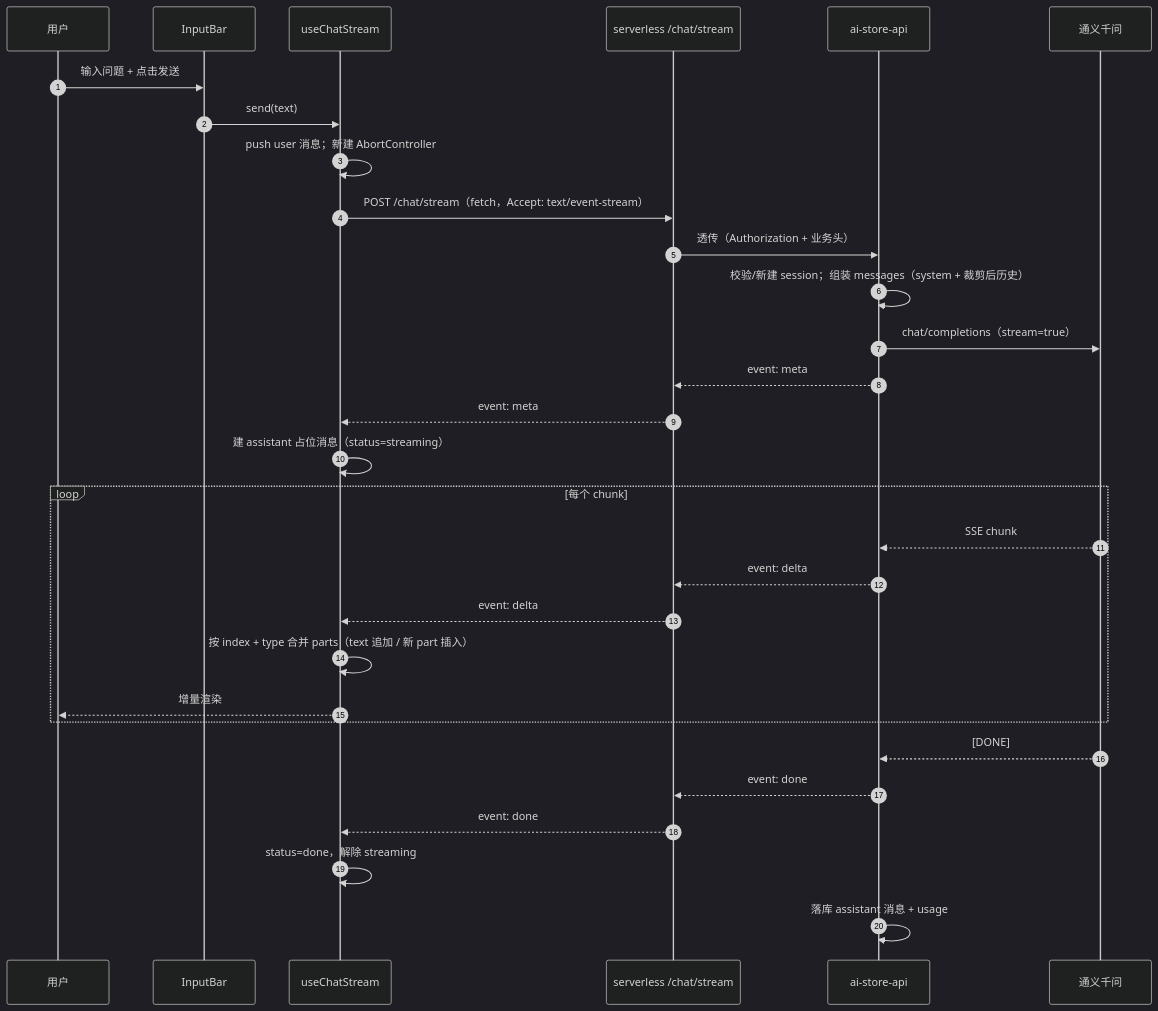
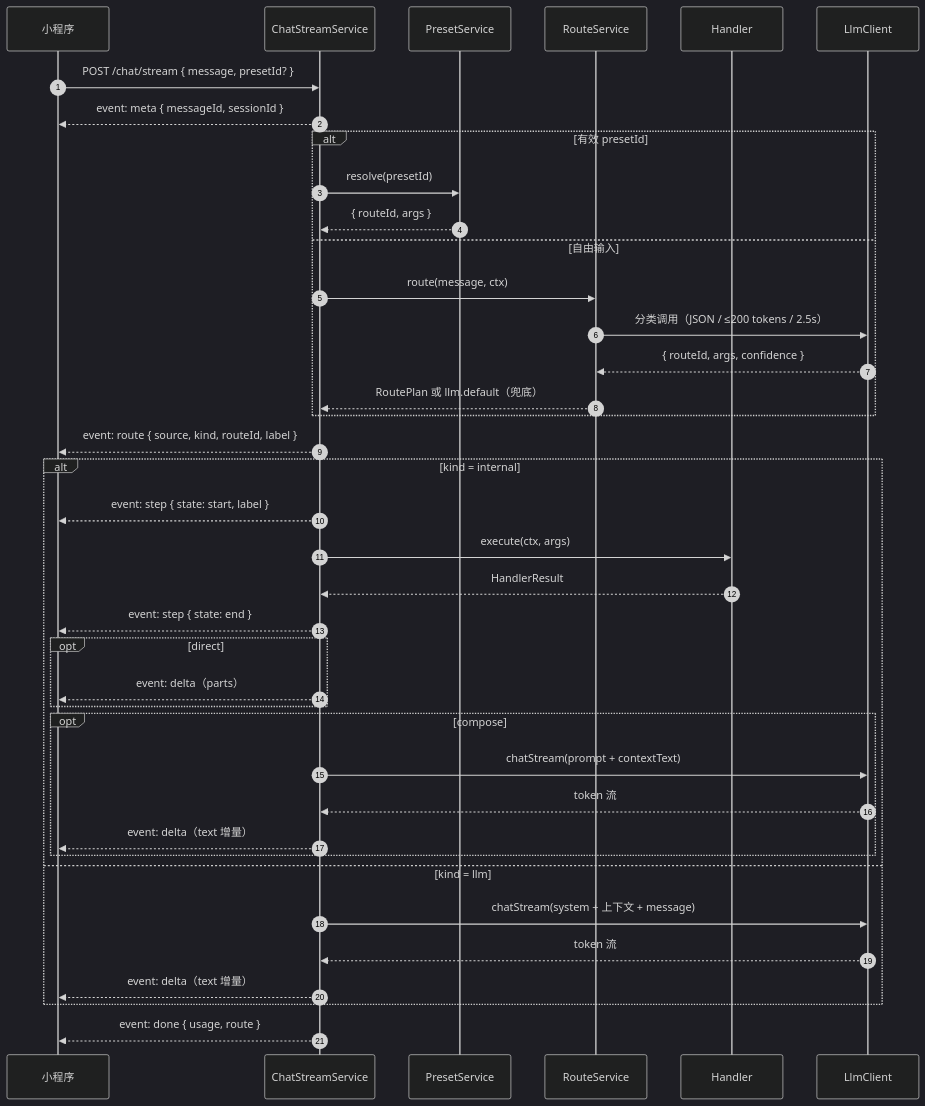
One commit to lixuanning/hubstoreTrellis changed the eighth of 10 diagrams in docs/百果AI助手-模块设计.md. Above: the diagram before and after it, drawn with Mermaid (dark theme). The commit also changed other lines of this file and 1 other file, not shown here.

````diff
--- a/docs/百果AI助手-模块设计.md
+++ b/docs/百果AI助手-模块设计.md
@@ -483,33 +961,42 @@
 ```mermaid
 sequenceDiagram
     autonumber
-    participant U as 用户
-    participant I as InputBar
-    participant CS as useChatStream
-    participant SL as serverless /chat/stream
-    participant API as ai-store-api
-    participant LLM as 通义千问
+    participant U as 小程序
+    participant C as ChatStreamService
+    participant P as PresetService
+    participant R as RouteService
+    participant H as Handler
+    participant L as LlmClient
 
-    U->>I: 输入问题 + 点击发送
-    I->>CS: send(text)
-    CS->>CS: push user 消息；新建 AbortController
-    CS->>SL: POST /chat/stream（fetch，Accept: text/event-stream）
-    SL->>API: 透传（Authorization + 业务头）
-    API->>API: 校验/新建 session；组装 messages（system + 裁剪后历史）
-    API->>LLM: chat/completions（stream=true）
-    API-->>SL: event: meta
-    SL-->>CS: event: meta
-    CS->>CS: 建 assistant 占位消息（status=streaming）
-    loop 每个 chunk
-        LLM-->>API: SSE chunk
-        API-->>SL: event: delta
-        SL-->>CS: event: delta
-        CS->>CS: 按 index + type 合并 parts（text 追加 / 新 part 插入）
-        CS-->>U: 增量渲染
+    U->>C: POST /chat/stream { message, presetId? }
+    C-->>U: event: meta { messageId, sessionId }
+    alt 有效 presetId
+        C->>P: resolve(presetId)
+        P-->>C: { routeId, args }
+    else 自由输入
+        C->>R: route(message, ctx)
+        R->>L: 分类调用（JSON / ≤200 tokens / 2.5s）
+        L-->>R: { routeId, args, confidence }
+        R-->>C: RoutePlan 或 llm.default（兜底）
     end
-    LLM-->>API: [DONE]
-    API-->>SL: event: done
-    SL-->>CS: event: done
-    CS->>CS: status=done，解除 streaming
-    API->>API: 落库 assistant 消息 + usage
+    C-->>U: event: route { source, kind, routeId, label }
+    alt kind = internal
+        C-->>U: event: step { state: start, label }
+        C->>H: execute(ctx, args)
+        H-->>C: HandlerResult
+        C-->>U: event: step { state: end }
+        opt direct
+            C-->>U: event: delta（parts）
+        end
+        opt compose
+            C->>L: chatStream(prompt + contextText)
+            L-->>C: token 流
+            C-->>U: event: delta（text 增量）
+        end
+    else kind = llm
+        C->>L: chatStream(system + 上下文 + message)
+        L-->>C: token 流
+        C-->>U: event: delta（text 增量）
+    end
+    C-->>U: event: done { usage, route }
 ```
````
